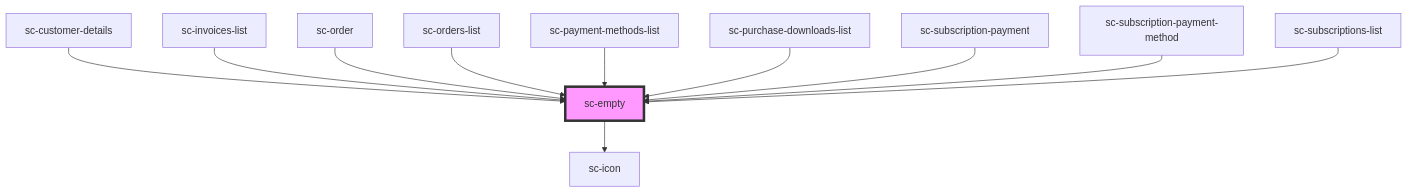
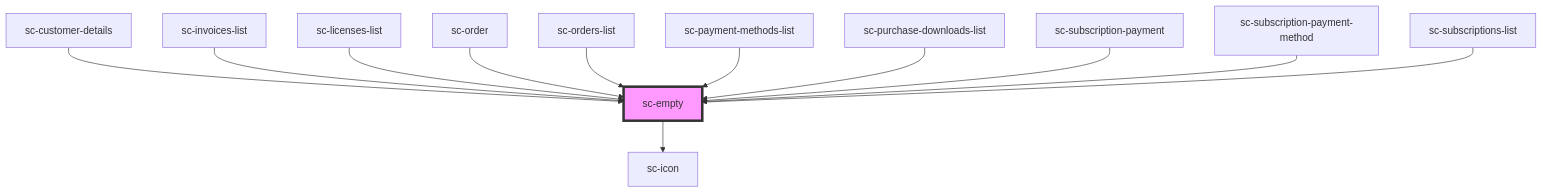
Before and after one commit to surecart/surecart-wp-plugin: the diagram in packages/components/src/components/ui/empty/readme.md, drawn with Mermaid. The commit also changed other lines of this file and 17 other files, not shown here.

````diff
--- a/packages/components/src/components/ui/empty/readme.md
+++ b/packages/components/src/components/ui/empty/readme.md
@@ -42,14 +43,15 @@
 ```mermaid
 graph TD;
   sc-empty --> sc-icon
   sc-customer-details --> sc-empty
   sc-invoices-list --> sc-empty
+  sc-licenses-list --> sc-empty
   sc-order --> sc-empty
   sc-orders-list --> sc-empty
   sc-payment-methods-list --> sc-empty
   sc-purchase-downloads-list --> sc-empty
   sc-subscription-payment --> sc-empty
   sc-subscription-payment-method --> sc-empty
   sc-subscriptions-list --> sc-empty
   style sc-empty fill:#f9f,stroke:#333,stroke-width:4px
 ```
````
